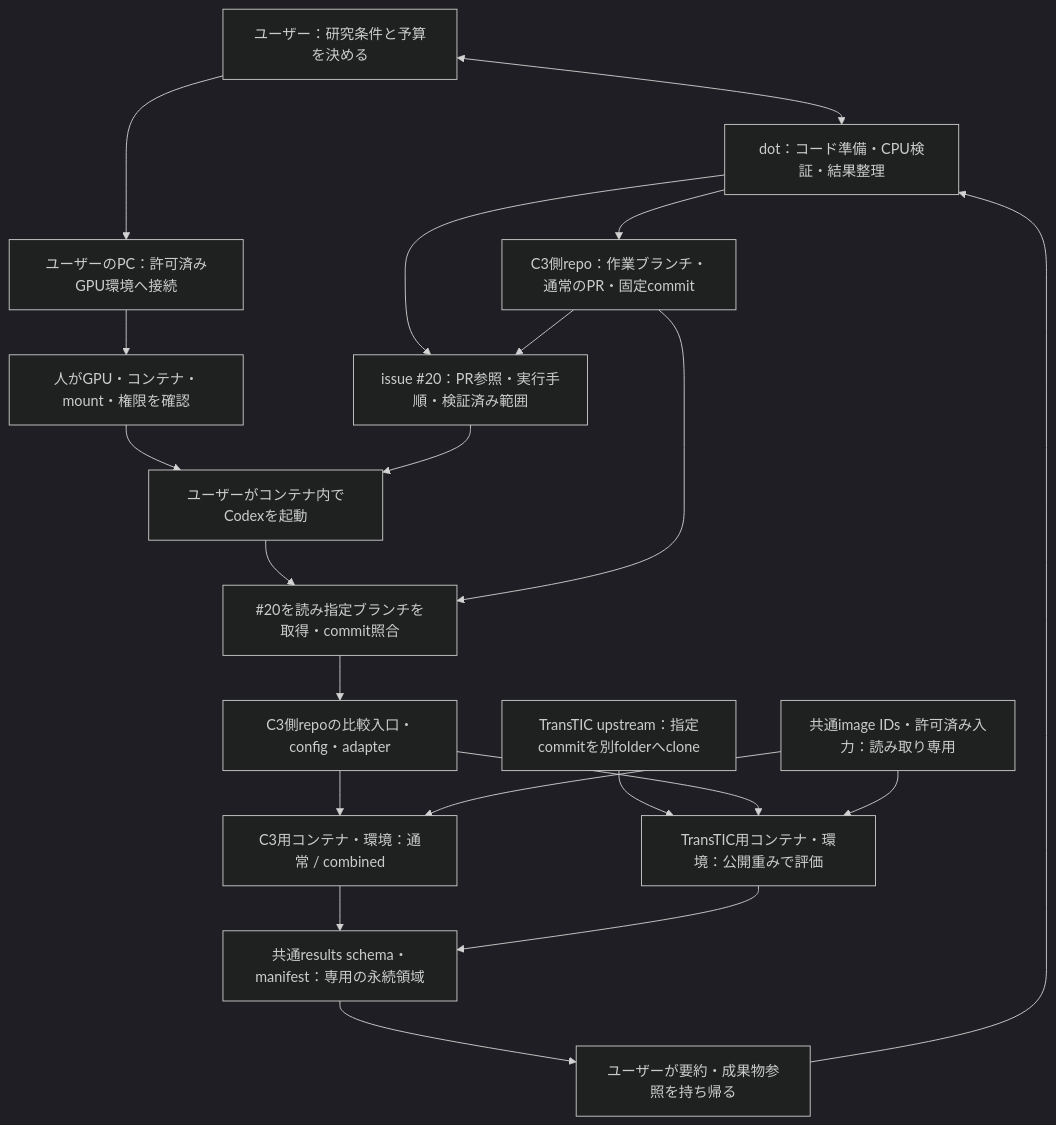
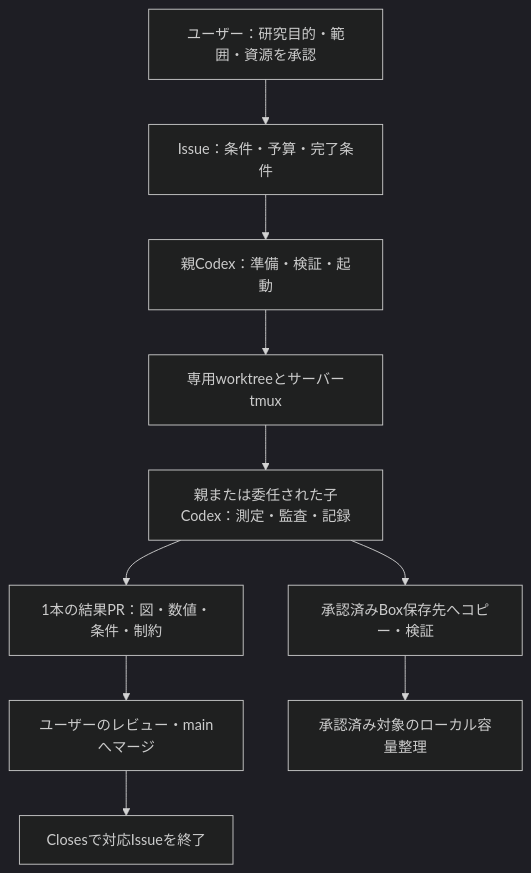
The diagram in docs/experiment_policy.md (ken2129/c3_neural_compression), drawn with Mermaid (dark theme) before and after one commit. The commit also changed other lines of this file, not shown here.

````diff
--- a/docs/experiment_policy.md
+++ b/docs/experiment_policy.md
@@ -31,23 +14,12 @@
 ```mermaid
 flowchart TD
-    U["ユーザー：研究条件と予算を決める"] <--> D["dot：コード準備・CPU検証・結果整理"]
-    D --> PR["C3側repo：作業ブランチ・通常のPR・固定commit"]
-    D --> I["issue #20：PR参照・実行手順・検証済み範囲"]
-    PR --> I
-    U --> M["ユーザーのPC：許可済みGPU環境へ接続"]
-    M --> B["人がGPU・コンテナ・mount・権限を確認"]
-    B --> X["ユーザーがコンテナ内でCodexを起動"]
-    I --> X
-    X --> F["#20を読み指定ブランチを取得・commit照合"]
-    PR --> F
-    F --> H["C3側repoの比較入口・config・adapter"]
-    UP["TransTIC upstream：指定commitを別folderへclone"] --> T
-    H --> C["C3用コンテナ・環境：通常 / combined"]
-    H --> T["TransTIC用コンテナ・環境：公開重みで評価"]
-    RO["共通image IDs・許可済み入力：読み取り専用"] --> C
-    RO --> T
-    C --> R["共通results schema・manifest：専用の永続領域"]
-    T --> R
-    R --> S["ユーザーが要約・成果物参照を持ち帰る"]
-    S --> D
+    U["ユーザー：研究目的・範囲・資源を承認"] --> I["Issue：条件・予算・完了条件"]
+    I --> P["親Codex：準備・検証・起動"]
+    P --> W["専用worktreeとサーバーtmux"]
+    W --> C["親または委任された子Codex：測定・監査・記録"]
+    C --> R["1本の結果PR：図・数値・条件・制約"]
+    R --> V["ユーザーのレビュー・mainへマージ"]
+    V --> X["Closesで対応Issueを終了"]
+    C --> B["承認済みBox保存先へコピー・検証"]
+    B --> D["承認済み対象のローカル容量整理"]
 ```
````
